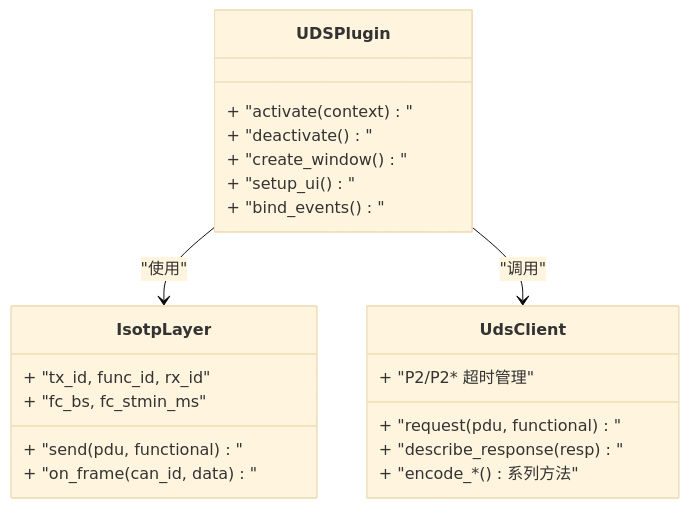
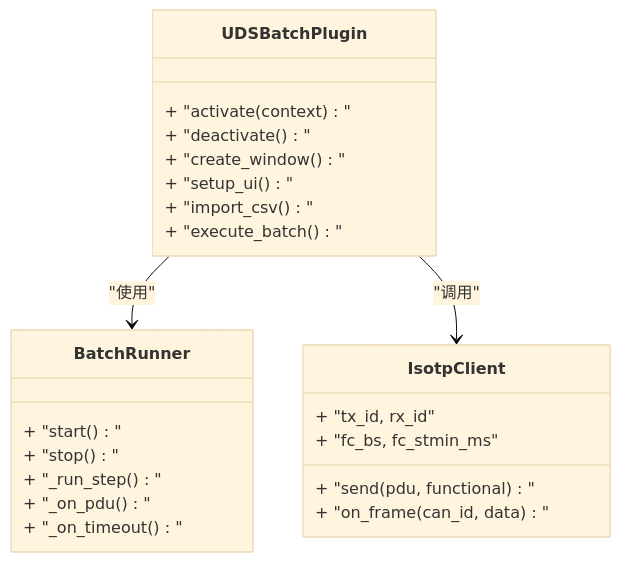
The third of 7 diagrams in .qoder/repowiki/zh/content/核心模块详解/UDS诊断接口.md (jakecai1225-design/OpenBus), drawn with Mermaid (base theme) before and after one commit. The commit also changed other lines of this file and 80 other files, not shown here.

Commit message:
graphic 优化

````diff
--- a/.qoder/repowiki/zh/content/核心模块详解/UDS诊断接口.md
+++ b/.qoder/repowiki/zh/content/核心模块详解/UDS诊断接口.md
@@ -150,24 +178,26 @@
 ```mermaid
 classDiagram
-class UDSPlugin {
+class UDSBatchPlugin {
 + "activate(context)"
 + "deactivate()"
 + "create_window()"
 + "setup_ui()"
-+ "bind_events()"
++ "import_csv()"
++ "execute_batch()"
 }
-class IsotpLayer {
+class BatchRunner {
++ "start()"
++ "stop()"
++ "_run_step()"
++ "_on_pdu()"
++ "_on_timeout()"
+}
+class IsotpClient {
 + "send(pdu, functional)"
 + "on_frame(can_id, data)"
-+ "tx_id, func_id, rx_id"
++ "tx_id, rx_id"
 + "fc_bs, fc_stmin_ms"
 }
-class UdsClient {
-+ "request(pdu, functional)"
-+ "describe_response(resp)"
-+ "encode_*() 系列方法"
-+ "P2/P2* 超时管理"
-}
-UDSPlugin --> IsotpLayer : "使用"
-UDSPlugin --> UdsClient : "调用"
+UDSBatchPlugin --> BatchRunner : "使用"
+UDSBatchPlugin --> IsotpClient : "调用"
 ```
````
